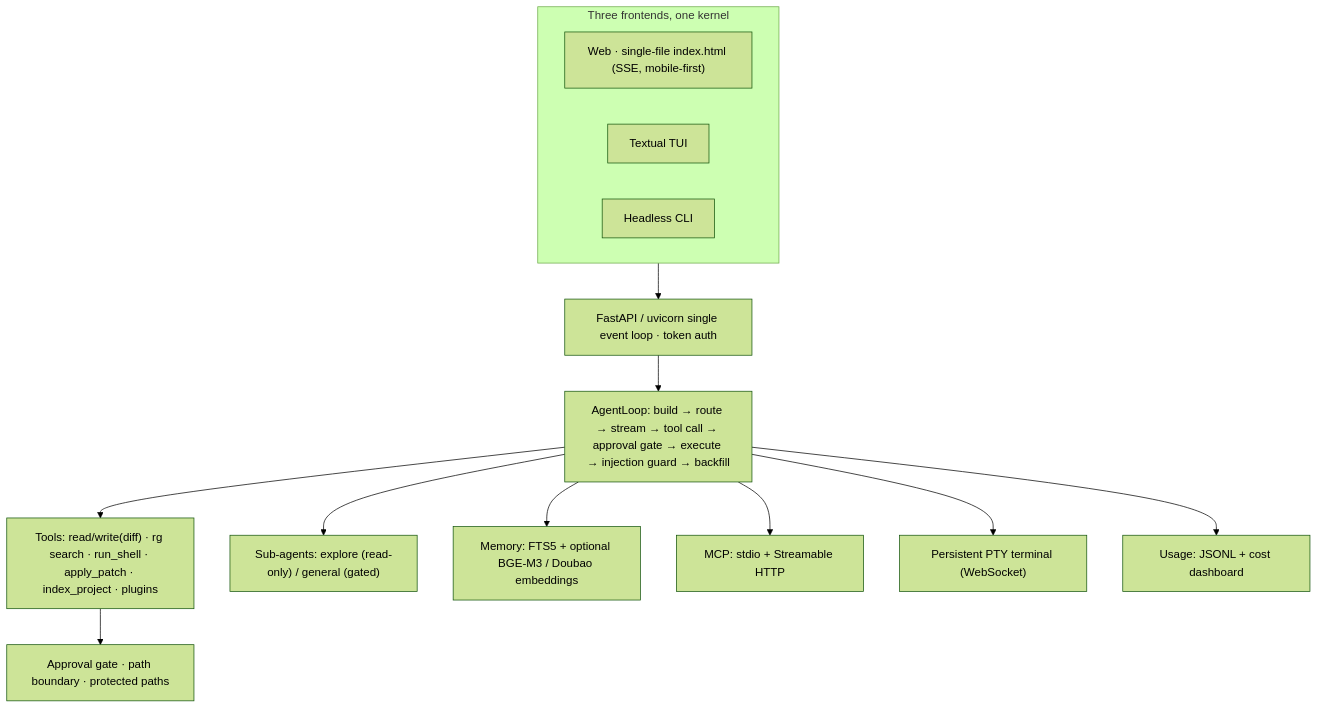
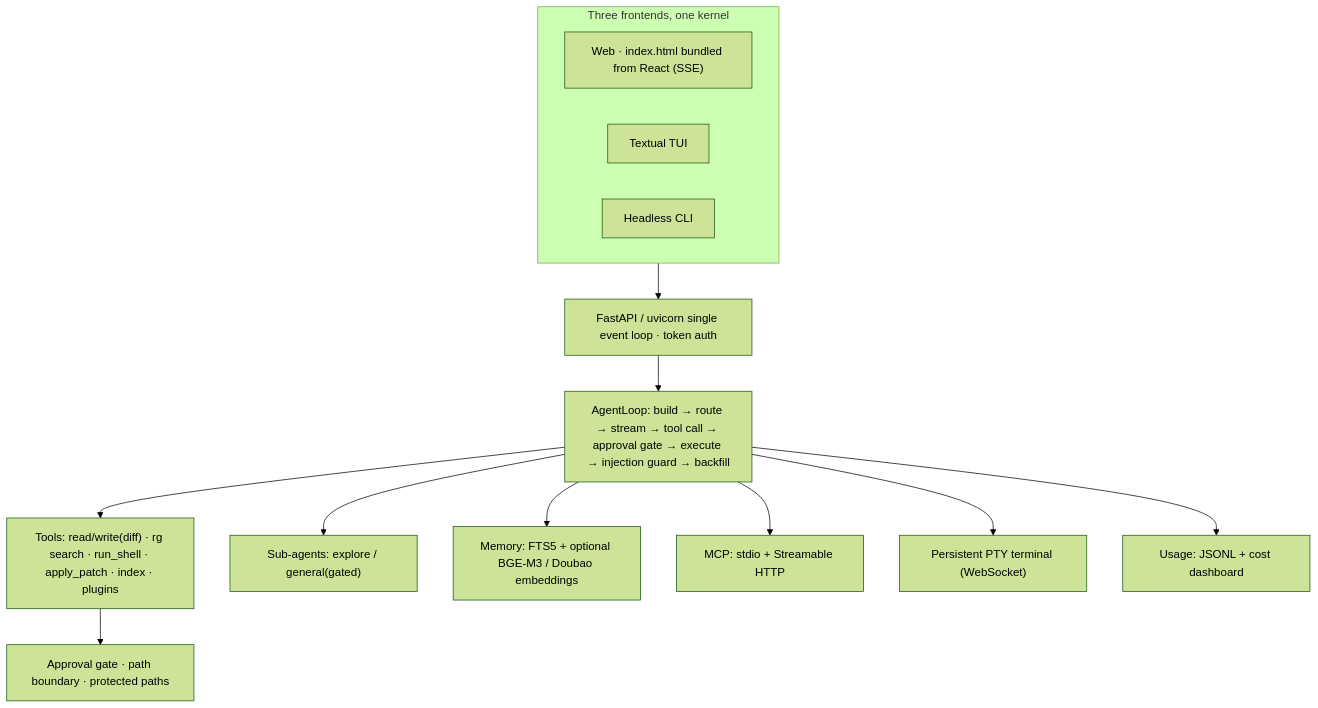
Before and after one commit to Morningstar202604/spark: the diagram in README.md, drawn with Mermaid (forest theme). The commit also changed other lines of this file and 1 other file, not shown here.

````diff
--- a/README.md
+++ b/README.md
@@ -128,17 +109,17 @@
 ```mermaid
 flowchart TB
     subgraph UI["Three frontends, one kernel"]
-        WEB["Web · single-file index.html (SSE, mobile-first)"]
+        WEB["Web · index.html bundled from React (SSE)"]
         TUI["Textual TUI"]
         CLI["Headless CLI"]
     end
     UI --> API["FastAPI / uvicorn single event loop · token auth"]
     API --> LOOP["AgentLoop: build → route → stream → tool call → approval gate → execute → injection guard → backfill"]
-    LOOP --> TOOLS["Tools: read/write(diff) · rg search · run_shell · apply_patch · index_project · plugins"]
-    LOOP --> SUB["Sub-agents: explore (read-only) / general (gated)"]
+    LOOP --> TOOLS["Tools: read/write(diff) · rg search · run_shell · apply_patch · index · plugins"]
+    LOOP --> SUB["Sub-agents: explore / general(gated)"]
     LOOP --> MEM["Memory: FTS5 + optional BGE-M3 / Doubao embeddings"]
     LOOP --> MCP["MCP: stdio + Streamable HTTP"]
     LOOP --> PTY["Persistent PTY terminal (WebSocket)"]
     LOOP --> USAGE["Usage: JSONL + cost dashboard"]
     TOOLS --> GATE["Approval gate · path boundary · protected paths"]
 ```
````
